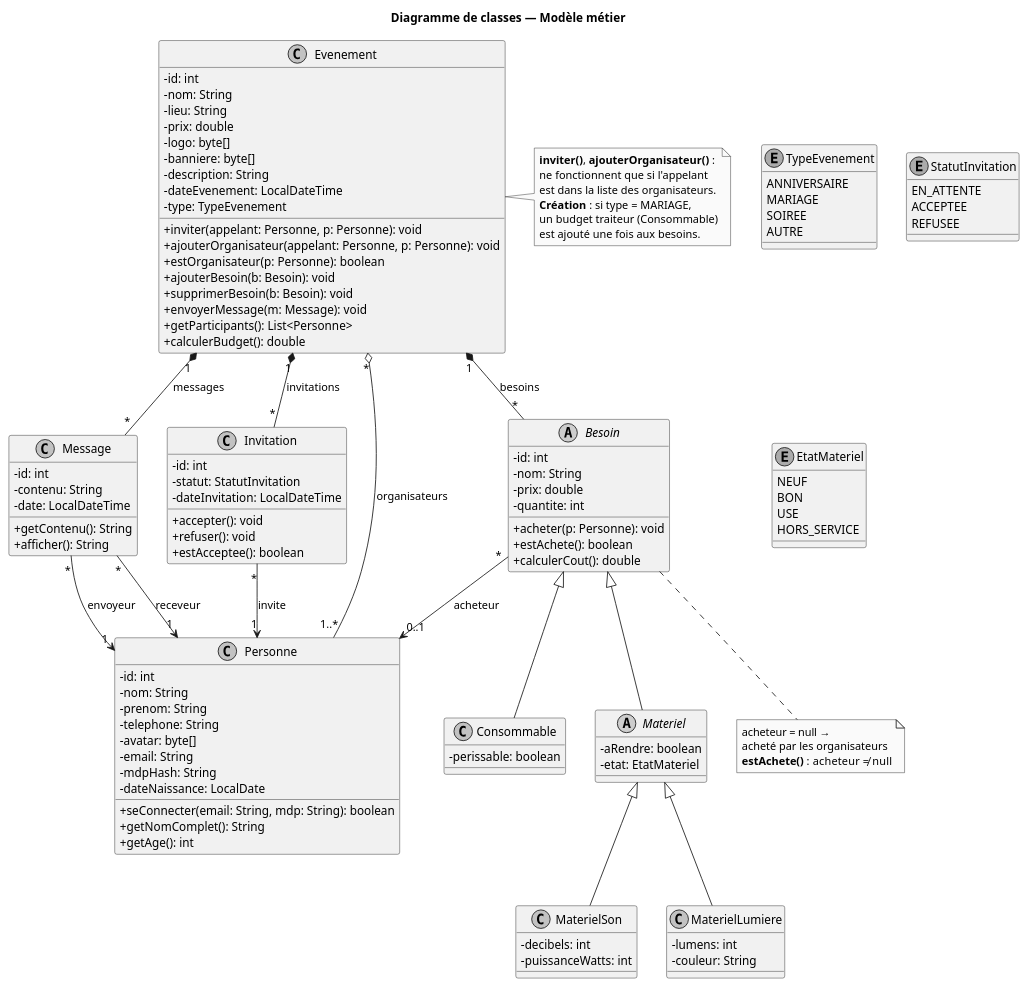
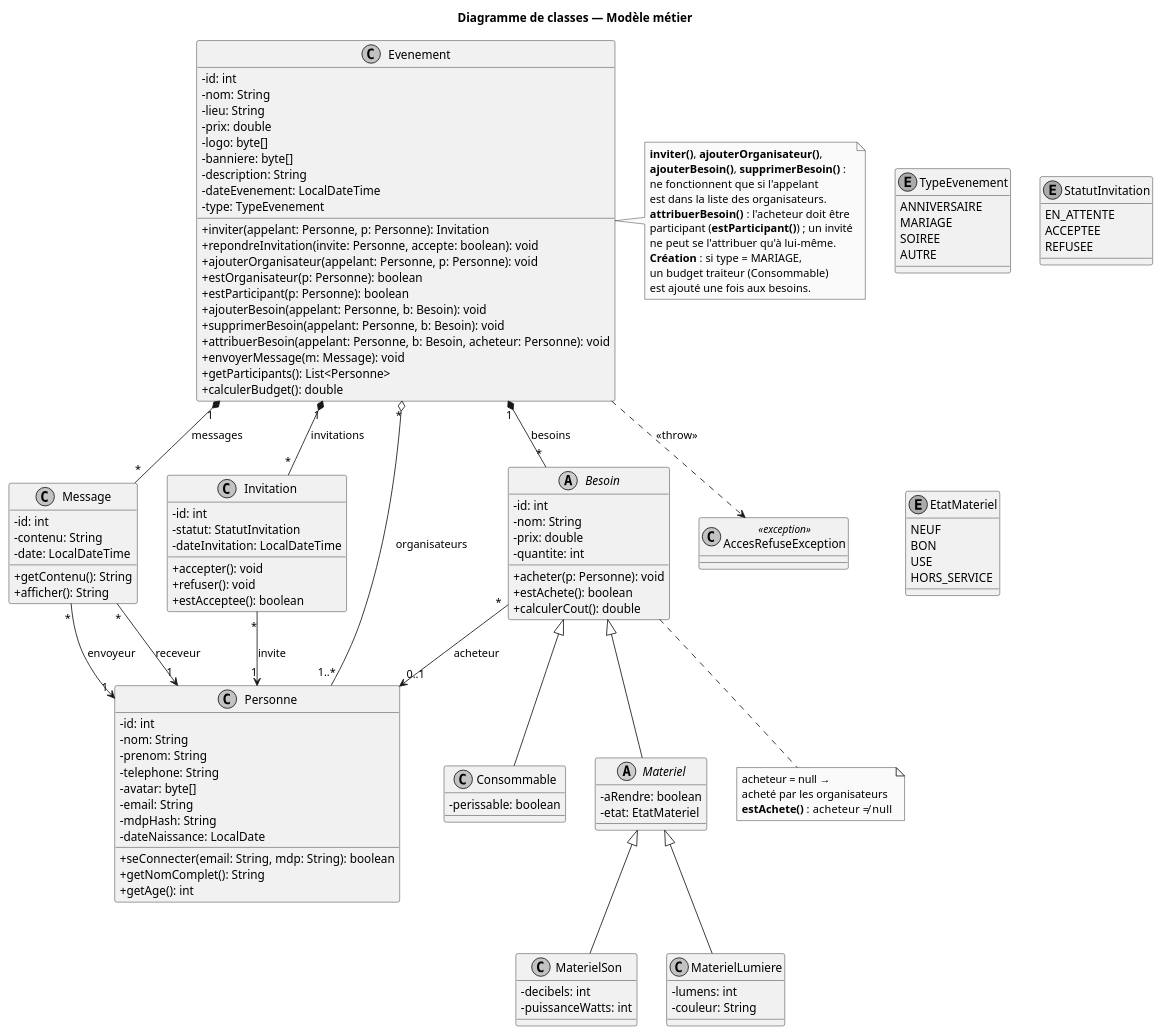
The diagram in doc/uml/classes.puml (Tactiis239/gestion-event), drawn with PlantUML before and after one commit. The commit also changed 16 other files, not shown here.

```diff
--- a/doc/uml/classes.puml
+++ b/doc/uml/classes.puml
@@ -1,136 +1,148 @@
 @startuml classes
 skinparam shadowing false
 skinparam monochrome true
 skinparam defaultFontName Helvetica
 skinparam classAttributeIconSize 0
 
 title Diagramme de classes — Modèle métier
 
 class Evenement {
   -id: int
   -nom: String
   -lieu: String
   -prix: double
   -logo: byte[]
   -banniere: byte[]
   -description: String
   -dateEvenement: LocalDateTime
   -type: TypeEvenement
-  +inviter(appelant: Personne, p: Personne): void
+  +inviter(appelant: Personne, p: Personne): Invitation
+  +repondreInvitation(invite: Personne, accepte: boolean): void
   +ajouterOrganisateur(appelant: Personne, p: Personne): void
   +estOrganisateur(p: Personne): boolean
-  +ajouterBesoin(b: Besoin): void
-  +supprimerBesoin(b: Besoin): void
+  +estParticipant(p: Personne): boolean
+  +ajouterBesoin(appelant: Personne, b: Besoin): void
+  +supprimerBesoin(appelant: Personne, b: Besoin): void
+  +attribuerBesoin(appelant: Personne, b: Besoin, acheteur: Personne): void
   +envoyerMessage(m: Message): void
   +getParticipants(): List<Personne>
   +calculerBudget(): double
 }
 
 enum TypeEvenement {
   ANNIVERSAIRE
   MARIAGE
   SOIREE
   AUTRE
 }
 
 class Message {
   -id: int
   -contenu: String
   -date: LocalDateTime
   +getContenu(): String
   +afficher(): String
 }
 
 class Invitation {
   -id: int
   -statut: StatutInvitation
   -dateInvitation: LocalDateTime
   +accepter(): void
   +refuser(): void
   +estAcceptee(): boolean
 }
 
 enum StatutInvitation {
   EN_ATTENTE
   ACCEPTEE
   REFUSEE
 }
 
 enum EtatMateriel {
   NEUF
   BON
   USE
   HORS_SERVICE
 }
 
 abstract class Besoin {
   -id: int
   -nom: String
   -prix: double
   -quantite: int
   +acheter(p: Personne): void
   +estAchete(): boolean
   +calculerCout(): double
 }
 
 class Consommable {
   -perissable: boolean
 }
 
 abstract class Materiel {
   -aRendre: boolean
   -etat: EtatMateriel
 }
 
 class MaterielSon {
   -decibels: int
   -puissanceWatts: int
 }
 
 class MaterielLumiere {
   -lumens: int
   -couleur: String
 }
 
 class Personne {
   -id: int
   -nom: String
   -prenom: String
   -telephone: String
   -avatar: byte[]
   -email: String
   -mdpHash: String
   -dateNaissance: LocalDate
   +seConnecter(email: String, mdp: String): boolean
   +getNomComplet(): String
   +getAge(): int
 }
 
+class AccesRefuseException <<exception>> {
+}
+
 Evenement "*" o-- "1..*" Personne : organisateurs
 Evenement "1" *-- "*" Invitation : invitations
 Evenement "1" *-- "*" Besoin : besoins
 Evenement "1" *-- "*" Message : messages
 
 Message "*" --> "1" Personne : envoyeur
 Message "*" --> "1" Personne : receveur
 Invitation "*" --> "1" Personne : invite
 Besoin "*" --> "0..1" Personne : acheteur
 
 Besoin <|-- Consommable
 Besoin <|-- Materiel
 Materiel <|-- MaterielSon
 Materiel <|-- MaterielLumiere
 
+Evenement ..> AccesRefuseException : <<throw>>
+
 note right of Evenement
-  **inviter()**, **ajouterOrganisateur()** :
+  **inviter()**, **ajouterOrganisateur()**,
+  **ajouterBesoin()**, **supprimerBesoin()** :
   ne fonctionnent que si l'appelant
   est dans la liste des organisateurs.
+  **attribuerBesoin()** : l'acheteur doit être
+  participant (**estParticipant()**) ; un invité
+  ne peut se l'attribuer qu'à lui-même.
   **Création** : si type = MARIAGE,
   un budget traiteur (Consommable)
   est ajouté une fois aux besoins.
 end note
 
 note "acheteur = null →\nacheté par les organisateurs\n**estAchete()** : acheteur ≠ null" as N2
 Besoin .. N2
 
 @enduml
```
